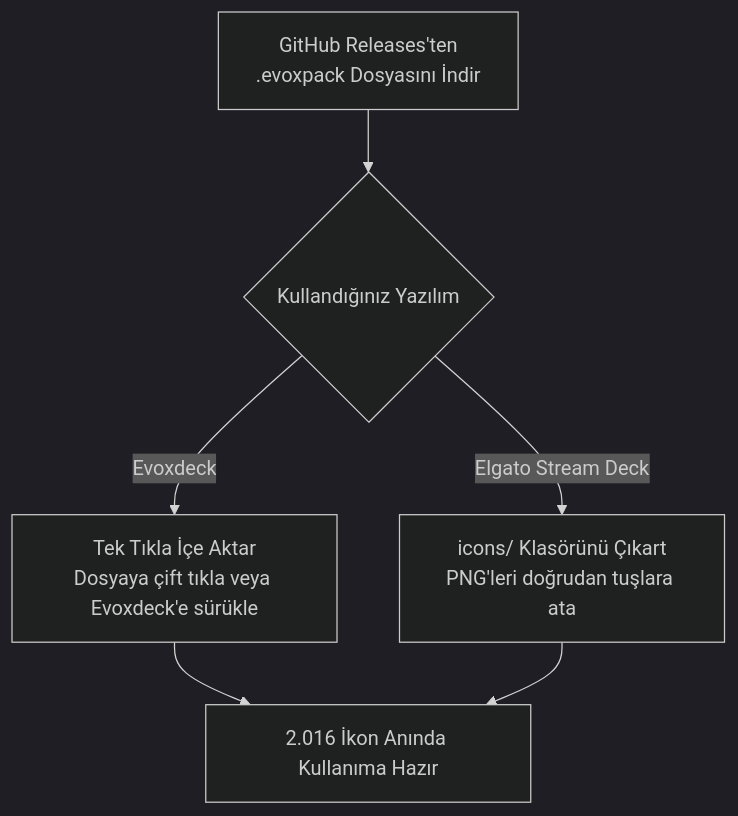
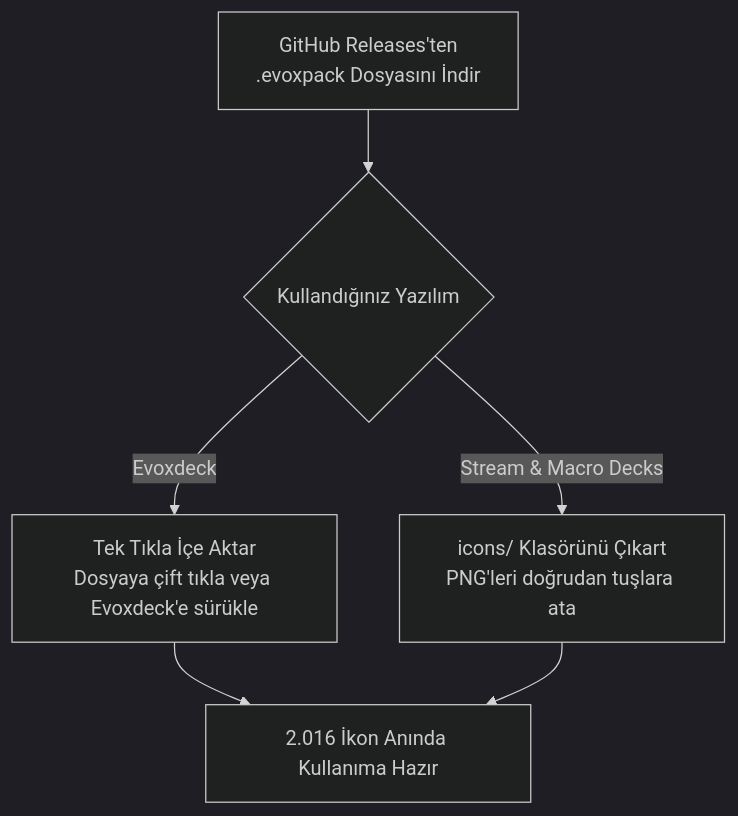
The diagram in README.tr.md (hfatih/galaxy-icons-cosmic), drawn with Mermaid (dark theme) before and after one commit. The commit also changed other lines of this file and 11 other files, not shown here.

````diff
--- a/README.tr.md
+++ b/README.tr.md
@@ -78,8 +78,8 @@
 ```mermaid
 flowchart TD
     A["GitHub Releases'ten<br/>.evoxpack Dosyasını İndir"] --> B{Kullandığınız Yazılım}
     B -->|"Evoxdeck"| C["Tek Tıkla İçe Aktar<br/>Dosyaya çift tıkla veya Evoxdeck'e sürükle"]
-    B -->|"Elgato Stream Deck"| D["icons/ Klasörünü Çıkart<br/>PNG'leri doğrudan tuşlara ata"]
+    B -->|"Stream & Macro Decks"| D["icons/ Klasörünü Çıkart<br/>PNG'leri doğrudan tuşlara ata"]
     C --> E["2.016 İkon Anında Kullanıma Hazır"]
     D --> E
 ```
````
